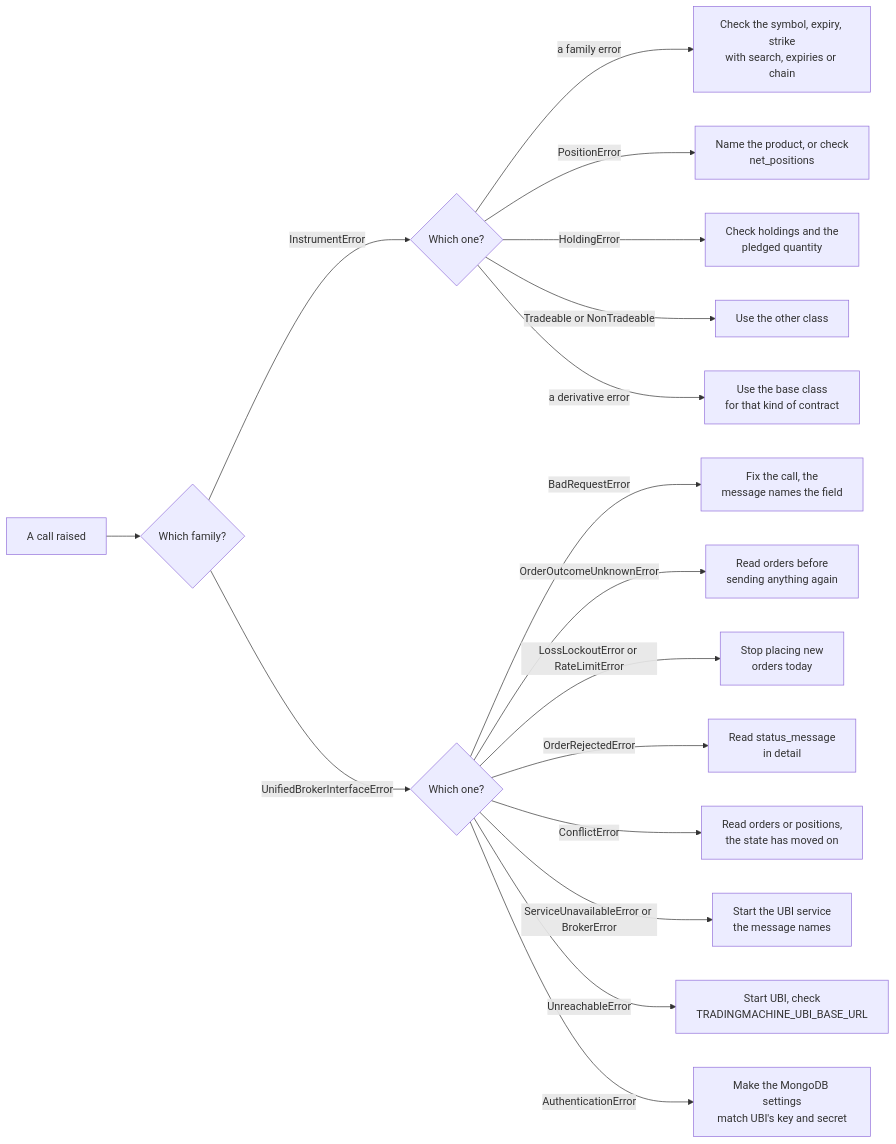
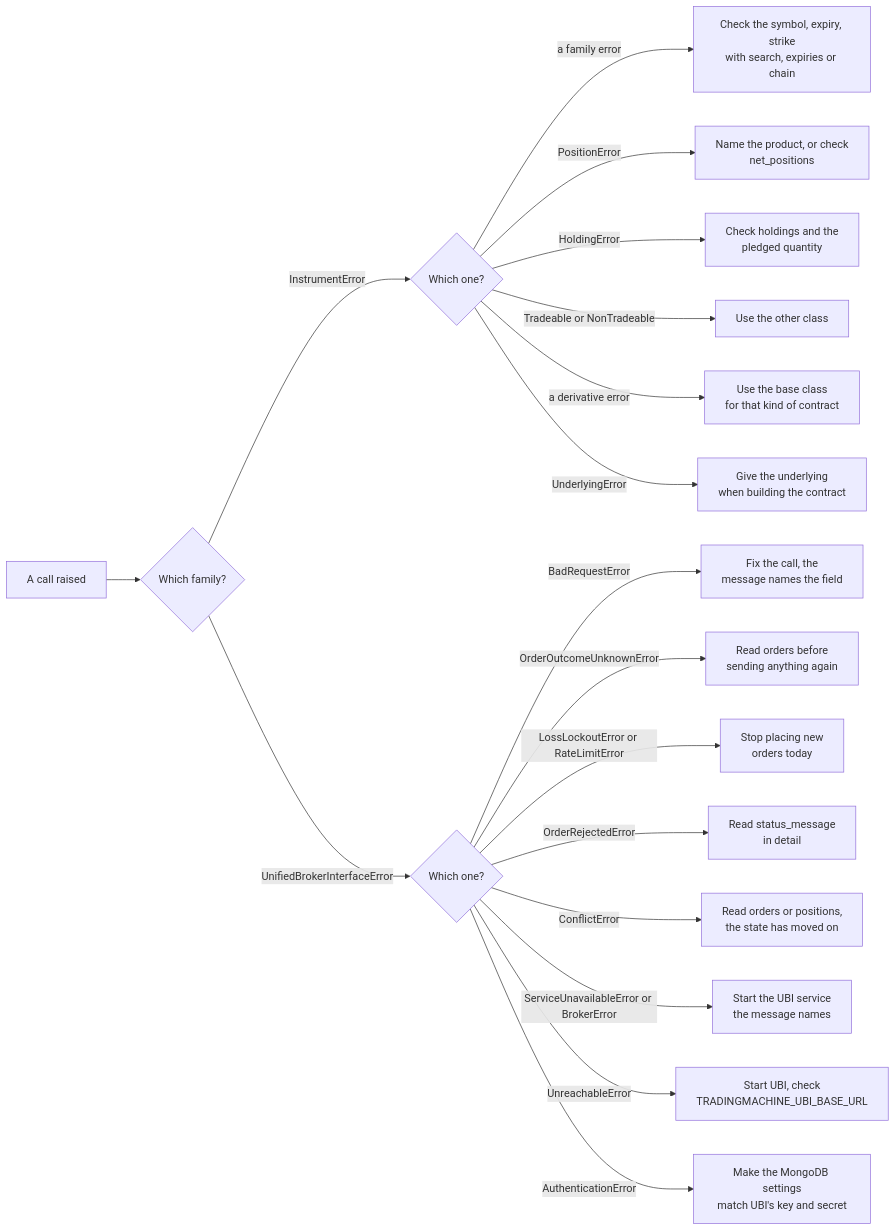
Before and after one commit to pramodathani/tradingmachine: the third of 3 diagrams in docs/python-api/errors.md, drawn with Mermaid. The commit also changed other lines of this file and 8 other files, not shown here.

````diff
--- a/docs/python-api/errors.md
+++ b/docs/python-api/errors.md
@@ -136,19 +137,20 @@
 ```mermaid
 flowchart LR
     A["A call raised"] --> B{"Which family?"}
     B -- "InstrumentError" --> C{"Which one?"}
     C -- "a family error" --> C1["Check the symbol, expiry, strike<br/>with search, expiries or chain"]
     C -- "PositionError" --> C2["Name the product, or check<br/>net_positions"]
     C -- "HoldingError" --> C3["Check holdings and the<br/>pledged quantity"]
     C -- "Tradeable or NonTradeable" --> C4["Use the other class"]
     C -- "a derivative error" --> C5["Use the base class<br/>for that kind of contract"]
+    C -- "UnderlyingError" --> C6["Give the underlying<br/>when building the contract"]
     B -- "UnifiedBrokerInterfaceError" --> D{"Which one?"}
     D -- "BadRequestError" --> D1["Fix the call, the<br/>message names the field"]
     D -- "OrderOutcomeUnknownError" --> D2["Read orders before<br/>sending anything again"]
     D -- "LossLockoutError or RateLimitError" --> D3["Stop placing new<br/>orders today"]
     D -- "OrderRejectedError" --> D4["Read status_message<br/>in detail"]
     D -- "ConflictError" --> D5["Read orders or positions,<br/>the state has moved on"]
     D -- "ServiceUnavailableError or BrokerError" --> D6["Start the UBI service<br/>the message names"]
     D -- "UnreachableError" --> D7["Start UBI, check<br/>TRADINGMACHINE_UBI_BASE_URL"]
     D -- "AuthenticationError" --> D9["Make the MongoDB settings<br/>match UBI's key and secret"]
 ```
````
